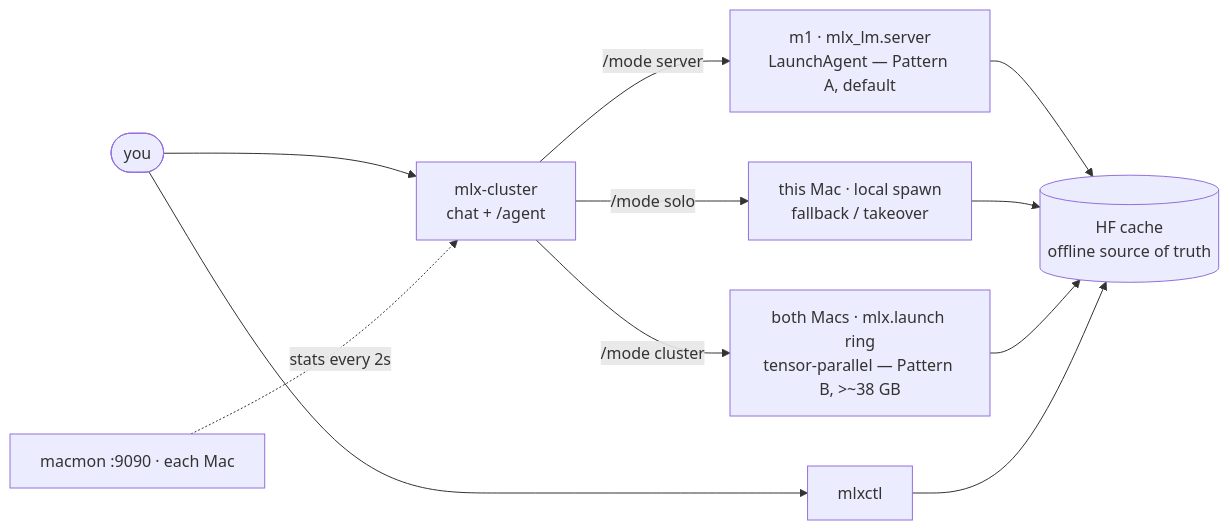
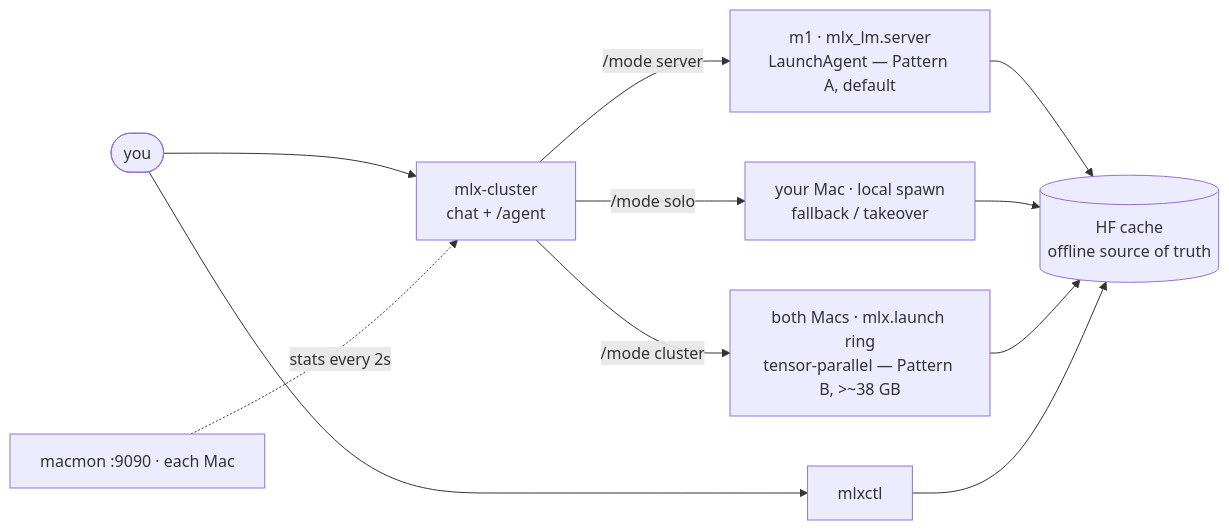
Before and after one commit to MKS-01/mac-mlx-cluster: the diagram in doc/ARCHITECTURE.md, drawn with Mermaid. The commit also changed other lines of this file and 11 other files, not shown here.

````diff
--- a/doc/ARCHITECTURE.md
+++ b/doc/ARCHITECTURE.md
@@ -10,14 +10,14 @@
 ```mermaid
 flowchart LR
     you(["you"]) --> cli["mlx-cluster<br/>chat + /agent"]
     you --> ctl["mlxctl"]
 
     cli -->|"/mode server"| A["m1 · mlx_lm.server<br/>LaunchAgent — Pattern A, default"]
-    cli -->|"/mode solo"| B["this Mac · local spawn<br/>fallback / takeover"]
+    cli -->|"/mode solo"| B["your Mac · local spawn<br/>fallback / takeover"]
     cli -->|"/mode cluster"| C["both Macs · mlx.launch ring<br/>tensor-parallel — Pattern B, >~38 GB"]
 
     A & B & C --> cache[("HF cache<br/>offline source of truth")]
     ctl --> cache
 
     mac["macmon :9090 · each Mac"] -.->|"stats every 2s"| cli
 ```
````
